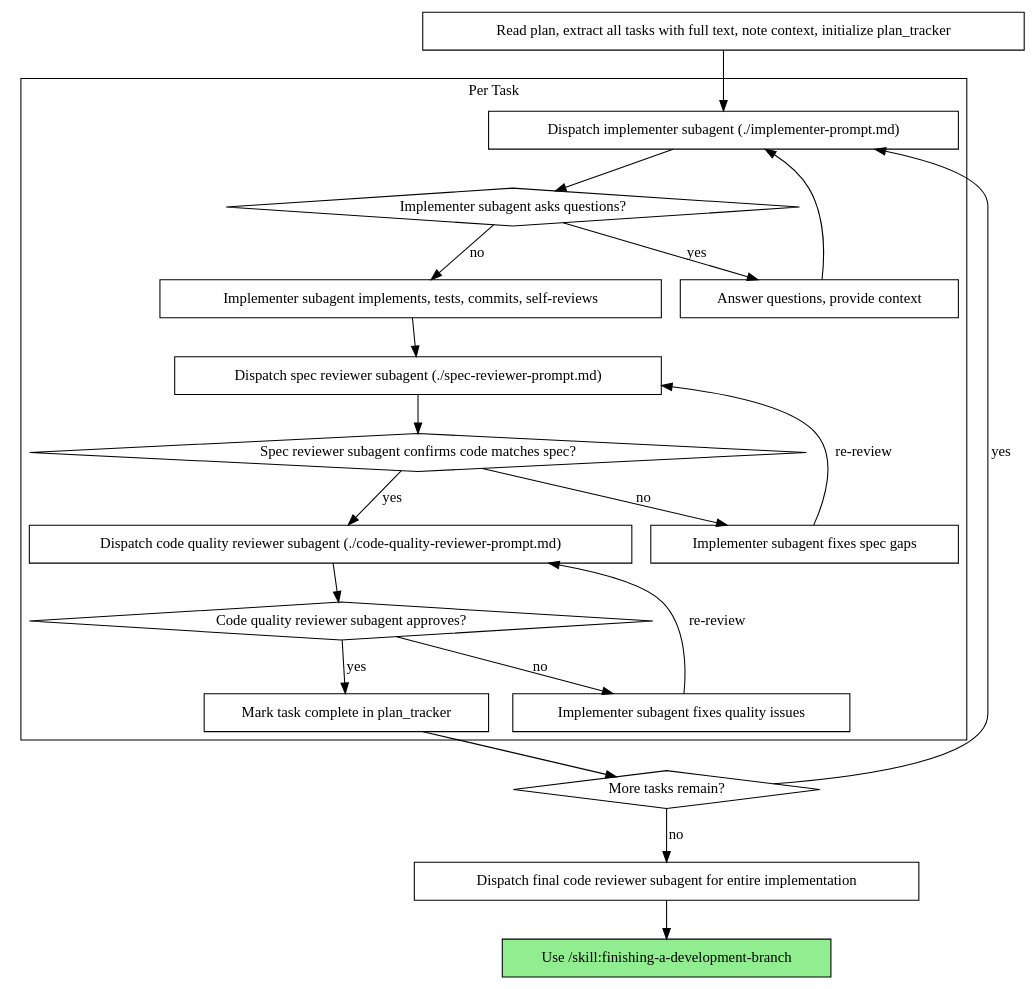
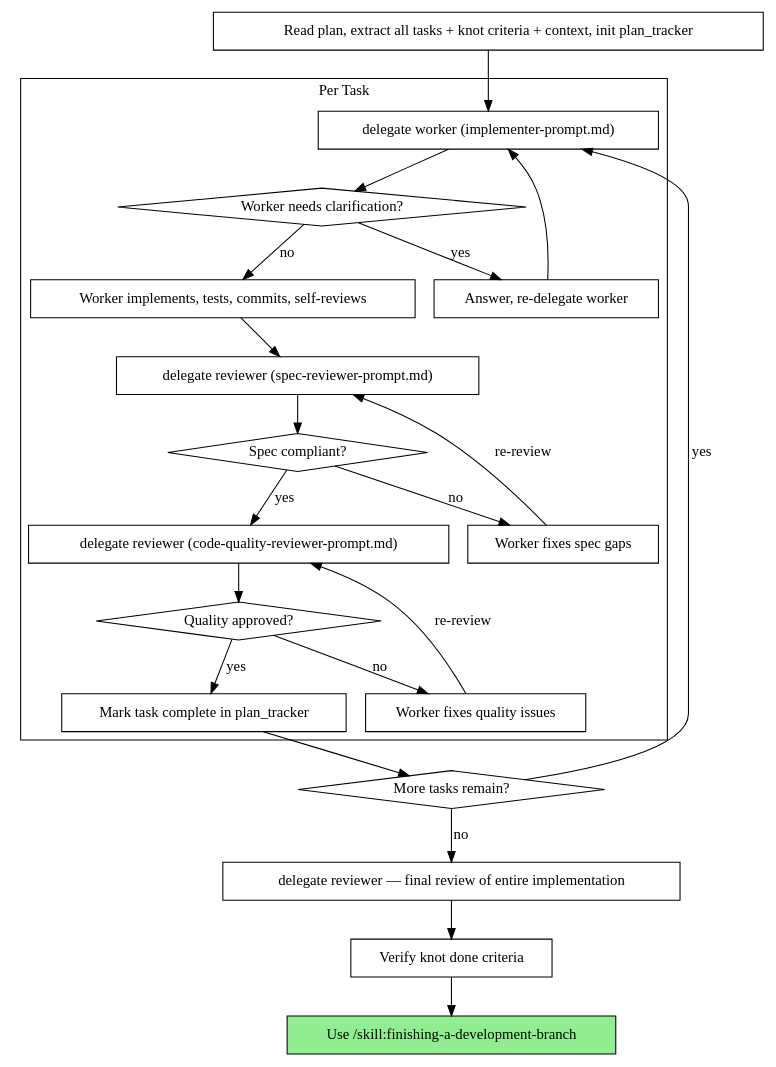
One commit to furbyhaxx/pi-project-strand changed the second of 2 diagrams in skills/subagent-driven-development/SKILL.md. Above: the diagram before and after it, drawn with Graphviz. The commit also changed other lines of this file and 43 other files, not shown here.

````diff
--- a/skills/subagent-driven-development/SKILL.md
+++ b/skills/subagent-driven-development/SKILL.md
@@ -44,44 +40,46 @@
 ```dot
 digraph process {
     rankdir=TB;
 
     subgraph cluster_per_task {
         label="Per Task";
-        "Dispatch implementer subagent (./implementer-prompt.md)" [shape=box];
-        "Implementer subagent asks questions?" [shape=diamond];
-        "Answer questions, provide context" [shape=box];
-        "Implementer subagent implements, tests, commits, self-reviews" [shape=box];
-        "Dispatch spec reviewer subagent (./spec-reviewer-prompt.md)" [shape=box];
-        "Spec reviewer subagent confirms code matches spec?" [shape=diamond];
-        "Implementer subagent fixes spec gaps" [shape=box];
-        "Dispatch code quality reviewer subagent (./code-quality-reviewer-prompt.md)" [shape=box];
-        "Code quality reviewer subagent approves?" [shape=diamond];
-        "Implementer subagent fixes quality issues" [shape=box];
+        "delegate worker (implementer-prompt.md)" [shape=box];
+        "Worker needs clarification?" [shape=diamond];
+        "Answer, re-delegate worker" [shape=box];
+        "Worker implements, tests, commits, self-reviews" [shape=box];
+        "delegate reviewer (spec-reviewer-prompt.md)" [shape=box];
+        "Spec compliant?" [shape=diamond];
+        "Worker fixes spec gaps" [shape=box];
+        "delegate reviewer (code-quality-reviewer-prompt.md)" [shape=box];
+        "Quality approved?" [shape=diamond];
+        "Worker fixes quality issues" [shape=box];
         "Mark task complete in plan_tracker" [shape=box];
     }
 
-    "Read plan, extract all tasks with full text, note context, initialize plan_tracker" [shape=box];
+    "Read plan, extract all tasks + knot criteria + context, init plan_tracker" [shape=box];
     "More tasks remain?" [shape=diamond];
-    "Dispatch final code reviewer subagent for entire implementation" [shape=box];
+    "delegate reviewer — final review of entire implementation" [shape=box];
+    "Verify knot done criteria" [shape=box];
     "Use /skill:finishing-a-development-branch" [shape=box style=filled fillcolor=lightgreen];
 
-    "Read plan, extract all tasks with full text, note context, initialize plan_tracker" -> "Dispatch implementer subagent (./implementer-prompt.md)";
-    "Dispatch implementer subagent (./implementer-prompt.md)" -> "Implementer subagent asks questions?";
-    "Implementer subagent asks questions?" -> "Answer questions, provide context" [label="yes"];
-    "Answer questions, provide context" -> "Dispatch implementer subagent (./implementer-prompt.md)";
-    "Implementer subagent asks questions?" -> "Implementer subagent implements, tests, commits, self-reviews" [label="no"];
-    "Implementer subagent implements, tests, commits, self-reviews" -> "Dispatch spec reviewer subagent (./spec-reviewer-prompt.md)";
-    "Dispatch spec reviewer subagent (./spec-reviewer-prompt.md)" -> "Spec reviewer subagent confirms code matches spec?";
-    "Spec reviewer subagent confirms code matches spec?" -> "Implementer subagent fixes spec gaps" [label="no"];
-    "Implementer subagent fixes spec gaps" -> "Dispatch spec reviewer subagent (./spec-reviewer-prompt.md)" [label="re-review"];
-    "Spec reviewer subagent confirms code matches spec?" -> "Dispatch code quality reviewer subagent (./code-quality-reviewer-prompt.md)" [label="yes"];
-    "Dispatch code quality reviewer subagent (./code-quality-reviewer-prompt.md)" -> "Code quality reviewer subagent approves?";
-    "Code quality reviewer subagent approves?" -> "Implementer subagent fixes quality issues" [label="no"];
-    "Implementer subagent fixes quality issues" -> "Dispatch code quality reviewer subagent (./code-quality-reviewer-prompt.md)" [label="re-review"];
-    "Code quality reviewer subagent approves?" -> "Mark task complete in plan_tracker" [label="yes"];
+    "Read plan, extract all tasks + knot criteria + context, init plan_tracker" -> "delegate worker (implementer-prompt.md)";
+    "delegate worker (implementer-prompt.md)" -> "Worker needs clarification?";
+    "Worker needs clarification?" -> "Answer, re-delegate worker" [label="yes"];
+    "Answer, re-delegate worker" -> "delegate worker (implementer-prompt.md)";
+    "Worker needs clarification?" -> "Worker implements, tests, commits, self-reviews" [label="no"];
+    "Worker implements, tests, commits, self-reviews" -> "delegate reviewer (spec-reviewer-prompt.md)";
+    "delegate reviewer (spec-reviewer-prompt.md)" -> "Spec compliant?";
+    "Spec compliant?" -> "Worker fixes spec gaps" [label="no"];
+    "Worker fixes spec gaps" -> "delegate reviewer (spec-reviewer-prompt.md)" [label="re-review"];
+    "Spec compliant?" -> "delegate reviewer (code-quality-reviewer-prompt.md)" [label="yes"];
+    "delegate reviewer (code-quality-reviewer-prompt.md)" -> "Quality approved?";
+    "Quality approved?" -> "Worker fixes quality issues" [label="no"];
+    "Worker fixes quality issues" -> "delegate reviewer (code-quality-reviewer-prompt.md)" [label="re-review"];
+    "Quality approved?" -> "Mark task complete in plan_tracker" [label="yes"];
     "Mark task complete in plan_tracker" -> "More tasks remain?";
-    "More tasks remain?" -> "Dispatch implementer subagent (./implementer-prompt.md)" [label="yes"];
-    "More tasks remain?" -> "Dispatch final code reviewer subagent for entire implementation" [label="no"];
-    "Dispatch final code reviewer subagent for entire implementation" -> "Use /skill:finishing-a-development-branch";
+    "More tasks remain?" -> "delegate worker (implementer-prompt.md)" [label="yes"];
+    "More tasks remain?" -> "delegate reviewer — final review of entire implementation" [label="no"];
+    "delegate reviewer — final review of entire implementation" -> "Verify knot done criteria";
+    "Verify knot done criteria" -> "Use /skill:finishing-a-development-branch";
 }
 ```
````
